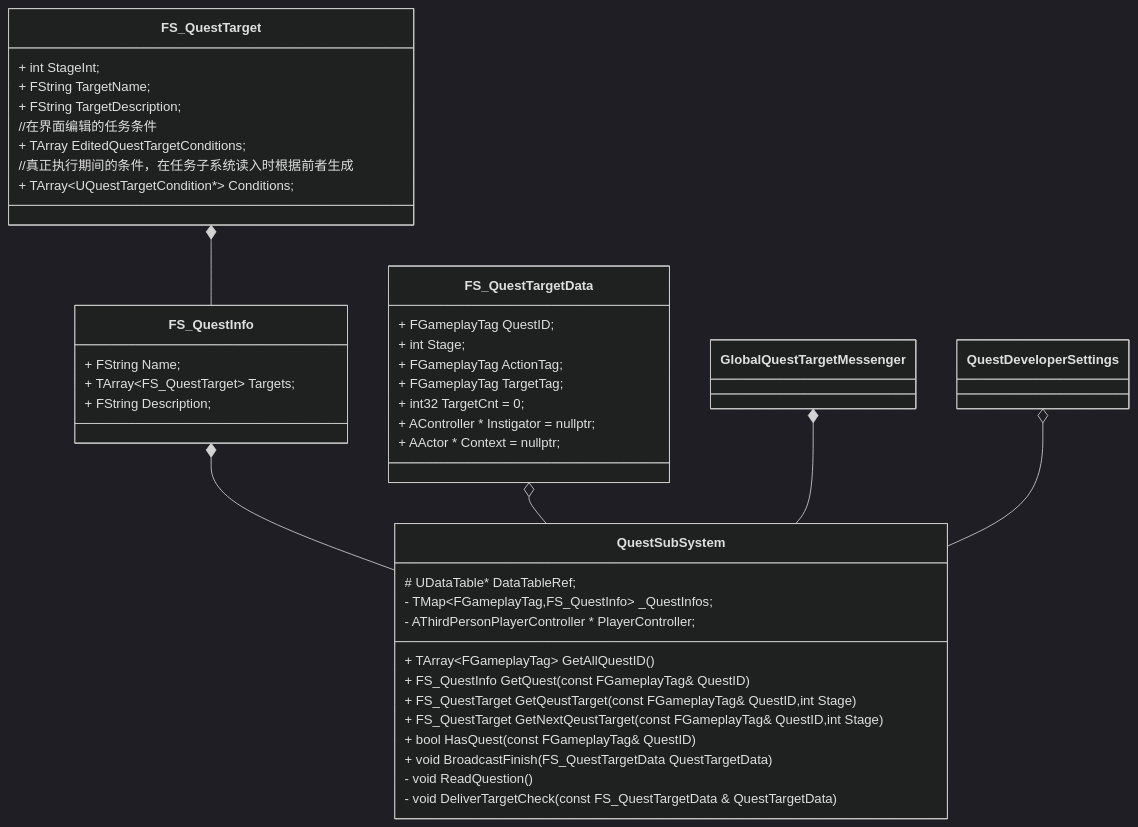
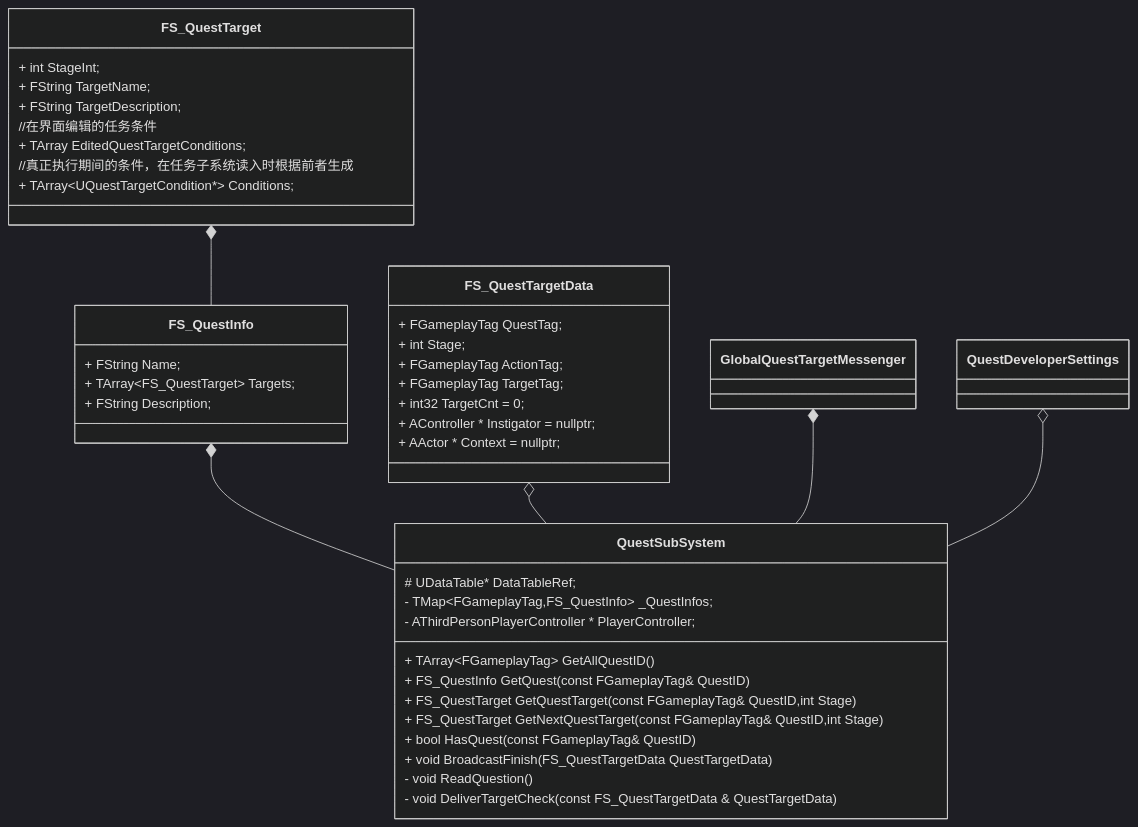
Before and after one commit to getyo/ARPG_Learn: the first of 5 diagrams in Document/任务系统.md, drawn with Mermaid (dark theme). The commit also changed other lines of this file and 12 other files, not shown here.

````diff
--- a/Document/任务系统.md
+++ b/Document/任务系统.md
@@ -7,46 +7,46 @@
 ```mermaid
 classDiagram 
 	
 	FS_QuestTarget *-- FS_QuestInfo 
 	FS_QuestInfo *-- QuestSubSystem
 	FS_QuestTargetData o-- QuestSubSystem
 	GlobalQuestTargetMessenger *-- QuestSubSystem
 	QuestDeveloperSettings o-- QuestSubSystem
 
 	class FS_QuestTargetData{
-		+ FGameplayTag QuestID;
+		+ FGameplayTag QuestTag;
 		+ int Stage;
 		+ FGameplayTag ActionTag;
 		+ FGameplayTag TargetTag;
 		+ int32 TargetCnt = 0;
 		+ AController * Instigator = nullptr;
 		+ AActor * Context = nullptr;
 	}
 	class FS_QuestTarget{
 		+ int StageInt;
 		+ FString TargetName;
 		+ FString TargetDescription;
 		//在界面编辑的任务条件
 		+ TArray<FS_QuestTargetConditionInfo> EditedQuestTargetConditions;
 		//真正执行期间的条件，在任务子系统读入时根据前者生成
 		+ TArray~UQuestTargetCondition*~ Conditions;
 	}
 	class FS_QuestInfo{
 		+ FString Name;
 		+ TArray~FS_QuestTarget~ Targets;
 		+ FString Description;
 	}
 	class QuestSubSystem{
 		# UDataTable* DataTableRef;
 		- TMap~FGameplayTag,FS_QuestInfo~ _QuestInfos;
 		- AThirdPersonPlayerController * PlayerController;
 		+ TArray~FGameplayTag~ GetAllQuestID()
 		+ FS_QuestInfo GetQuest(const FGameplayTag& QuestID)
-		+ FS_QuestTarget GetQeustTarget(const FGameplayTag& QuestID,int Stage)
-		+ FS_QuestTarget GetNextQeustTarget(const FGameplayTag& QuestID,int Stage)
+		+ FS_QuestTarget GetQuestTarget(const FGameplayTag& QuestID,int Stage)
+		+ FS_QuestTarget GetNextQuestTarget(const FGameplayTag& QuestID,int Stage)
 		+ bool HasQuest(const FGameplayTag& QuestID)
 		+ void BroadcastFinish(FS_QuestTargetData QuestTargetData)
 		- void ReadQuestion()
 		- void DeliverTargetCheck(const FS_QuestTargetData & QuestTargetData)
 	}
 ```
````
